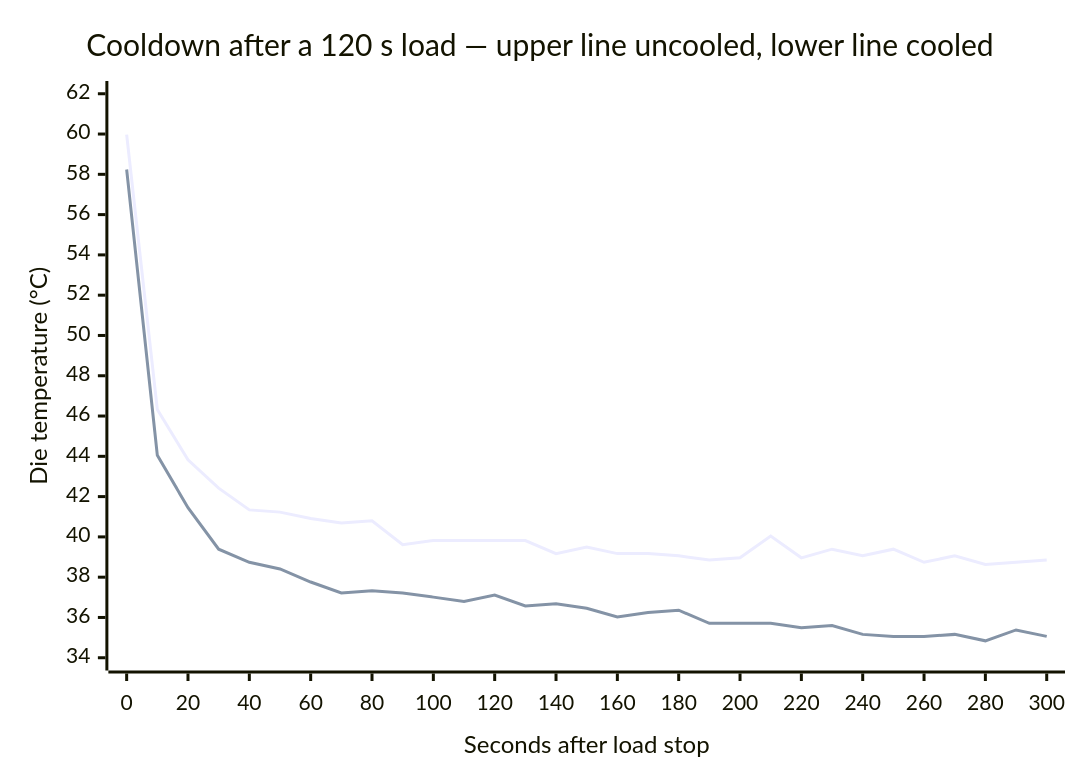
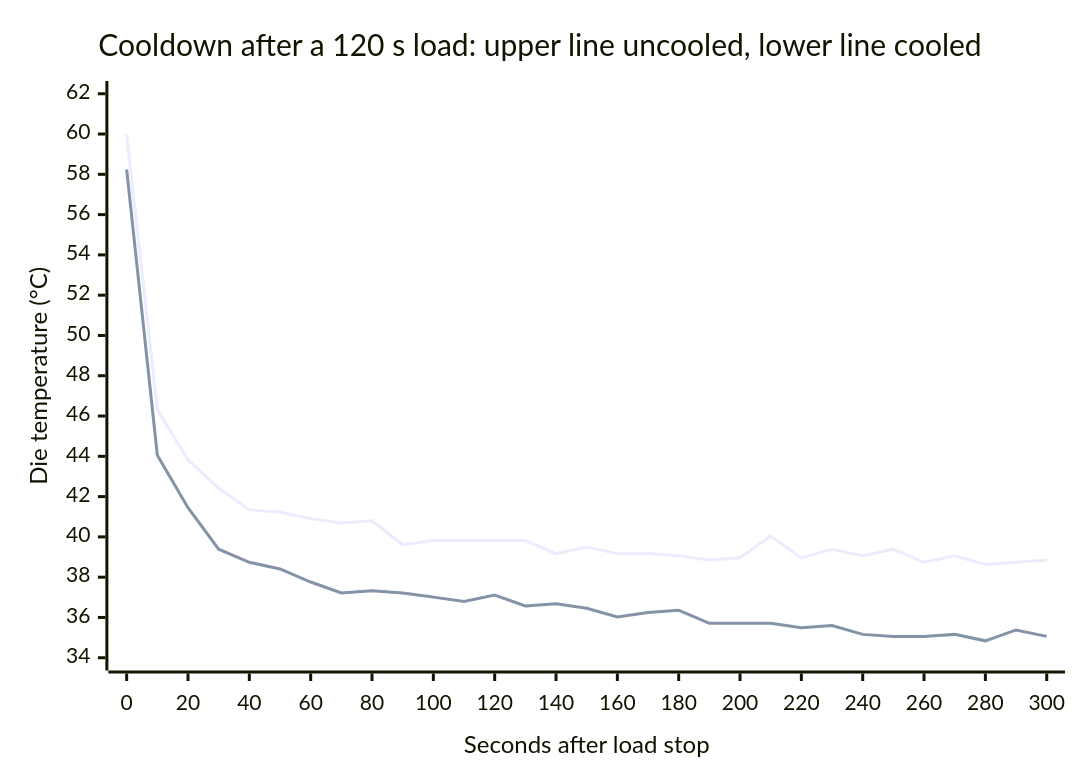
The second of 2 diagrams in docs/methodology/macbook-neo-thermal-behavior.md (Liquid4All/pipette-clients), drawn with Mermaid before and after one commit. The commit also changed other lines of this file and 1969 other files, not shown here.

````diff
--- a/docs/methodology/macbook-neo-thermal-behavior.md
+++ b/docs/methodology/macbook-neo-thermal-behavior.md
@@ -199,8 +196,8 @@
 ```mermaid
 xychart-beta
-    title "Cooldown after a 120 s load — upper line uncooled, lower line cooled"
+    title "Cooldown after a 120 s load: upper line uncooled, lower line cooled"
     x-axis "Seconds after load stop" 0 --> 300
     y-axis "Die temperature (°C)" 34 --> 62
     line [59.97, 46.32, 43.83, 42.42, 41.34, 41.23, 40.91, 40.69, 40.80, 39.61, 39.82, 39.82, 39.82, 39.82, 39.17, 39.50, 39.17, 39.17, 39.06, 38.85, 38.96, 40.04, 38.96, 39.39, 39.06, 39.39, 38.74, 39.06, 38.63, 38.74, 38.85]
     line [58.24, 44.05, 41.45, 39.39, 38.74, 38.41, 37.76, 37.22, 37.33, 37.22, 37.01, 36.79, 37.11, 36.57, 36.68, 36.46, 36.03, 36.25, 36.36, 35.71, 35.71, 35.71, 35.49, 35.60, 35.16, 35.06, 35.06, 35.16, 34.84, 35.38, 35.06]
 ```
````
